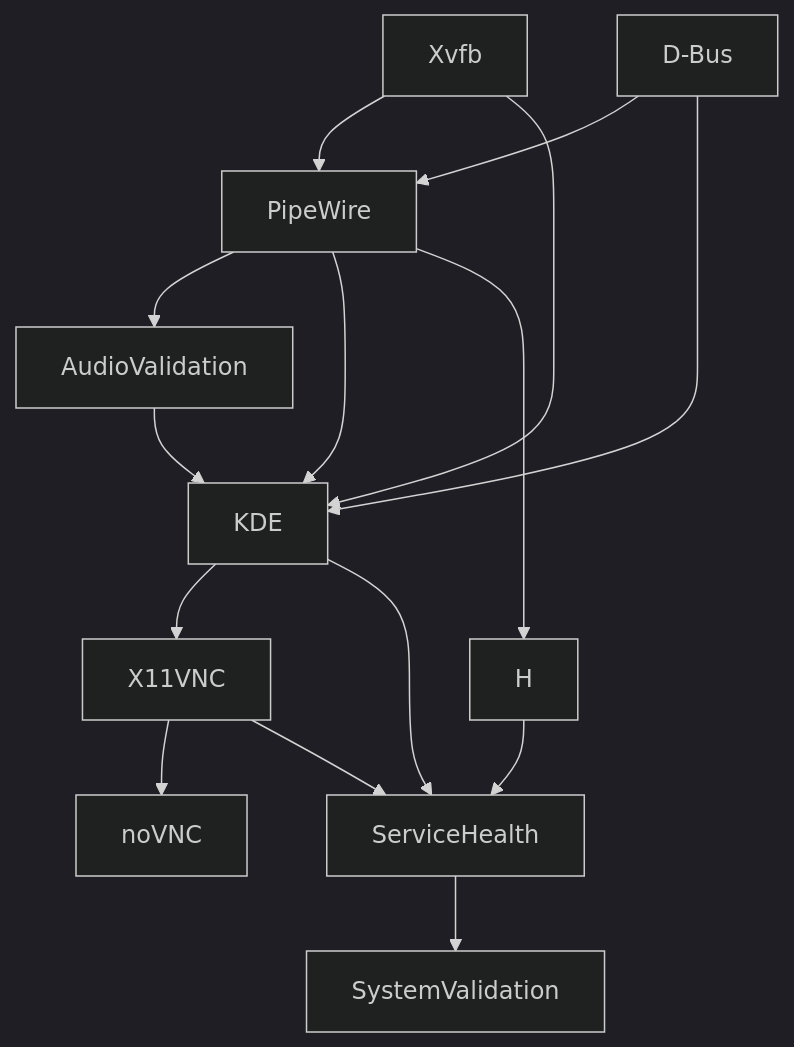
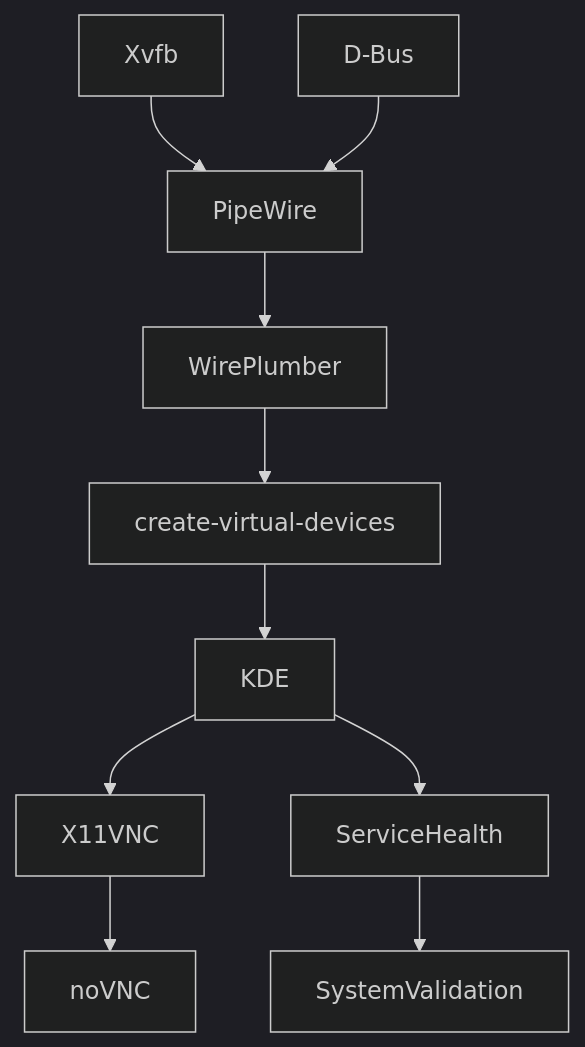
One commit to MarketingLimited/webtop-omni-desktop changed the diagram in SERVICES.md. Above: the diagram before and after it, drawn with Mermaid (dark theme). The commit also changed other lines of this file and 1 other file, not shown here.

Commit message:
feat: manage audio services separately

````diff
--- a/SERVICES.md
+++ b/SERVICES.md
@@ -120,18 +104,12 @@
 ```mermaid
 graph TD
     A[Xvfb] --> C[PipeWire]
     B[D-Bus] --> C
-    C --> D[AudioValidation]
-    D --> E[KDE]
-    C --> E
-    A --> E
-    B --> E
-    E --> F[X11VNC]
-    F --> G[noVNC]
-
-    C --> H
-    E --> I[ServiceHealth]
-    F --> I
-    H --> I
+    C --> D[WirePlumber]
+    D --> E[create-virtual-devices]
+    E --> F[KDE]
+    F --> G[X11VNC]
+    G --> H[noVNC]
+    F --> I[ServiceHealth]
     I --> J[SystemValidation]
 ```
````
